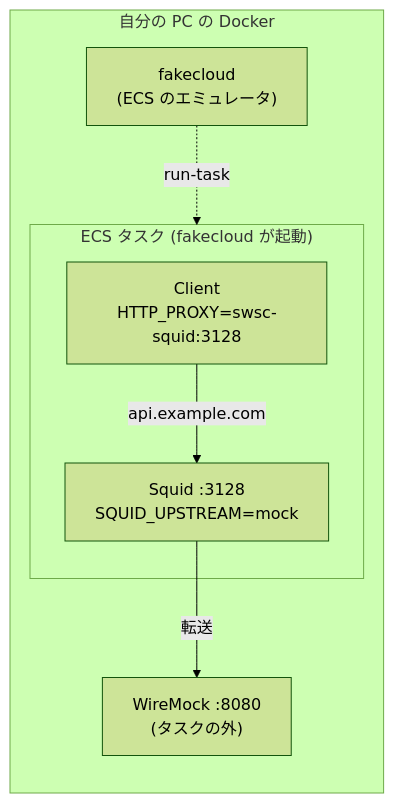
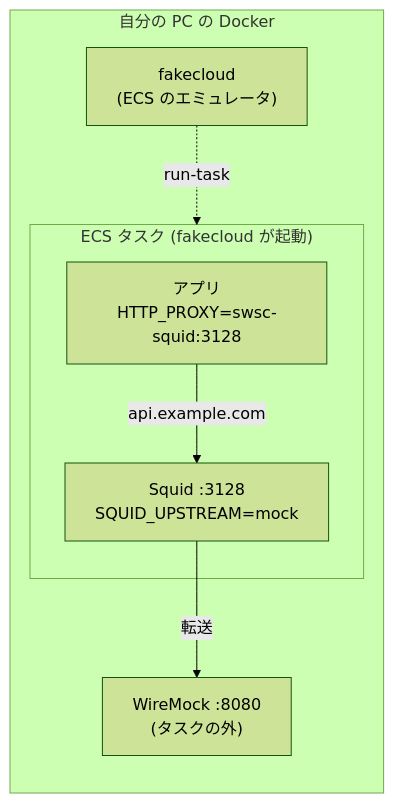
The third of 7 diagrams in docs/解説記事.md (satoshi256kbyte/squid-wiremock-sidecar), drawn with Mermaid (forest theme) before and after one commit. The commit also changed other lines of this file, not shown here.

First line of the commit message:
解説記事を追加し、文書を ARCHITECTURE.md と docs/テスト方式.md に集約する (#49)

````diff
--- a/docs/解説記事.md
+++ b/docs/解説記事.md
@@ -207,14 +474,14 @@
 ```mermaid
 flowchart LR
   subgraph Host["自分の PC の Docker"]
     FC["fakecloud<br/>(ECS のエミュレータ)"]
     subgraph Task["ECS タスク (fakecloud が起動)"]
-      Client["Client<br/>HTTP_PROXY=swsc-squid:3128"]
+      App["アプリ<br/>HTTP_PROXY=swsc-squid:3128"]
       Squid["Squid :3128<br/>SQUID_UPSTREAM=mock"]
-      Client -->|"api.example.com"| Squid
+      App -->|"api.example.com"| Squid
     end
     WM["WireMock :8080<br/>(タスクの外)"]
     FC -.->|"run-task"| Task
     Squid -->|"転送"| WM
   end
 ```
````
